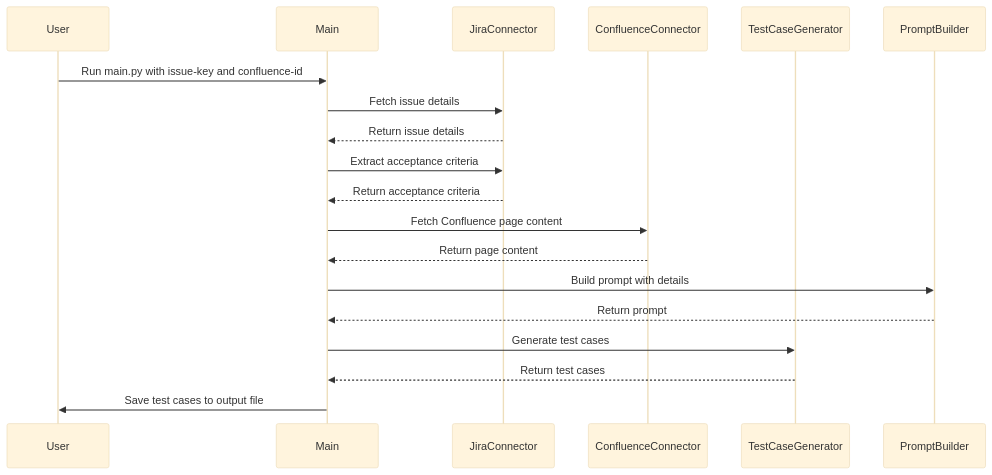
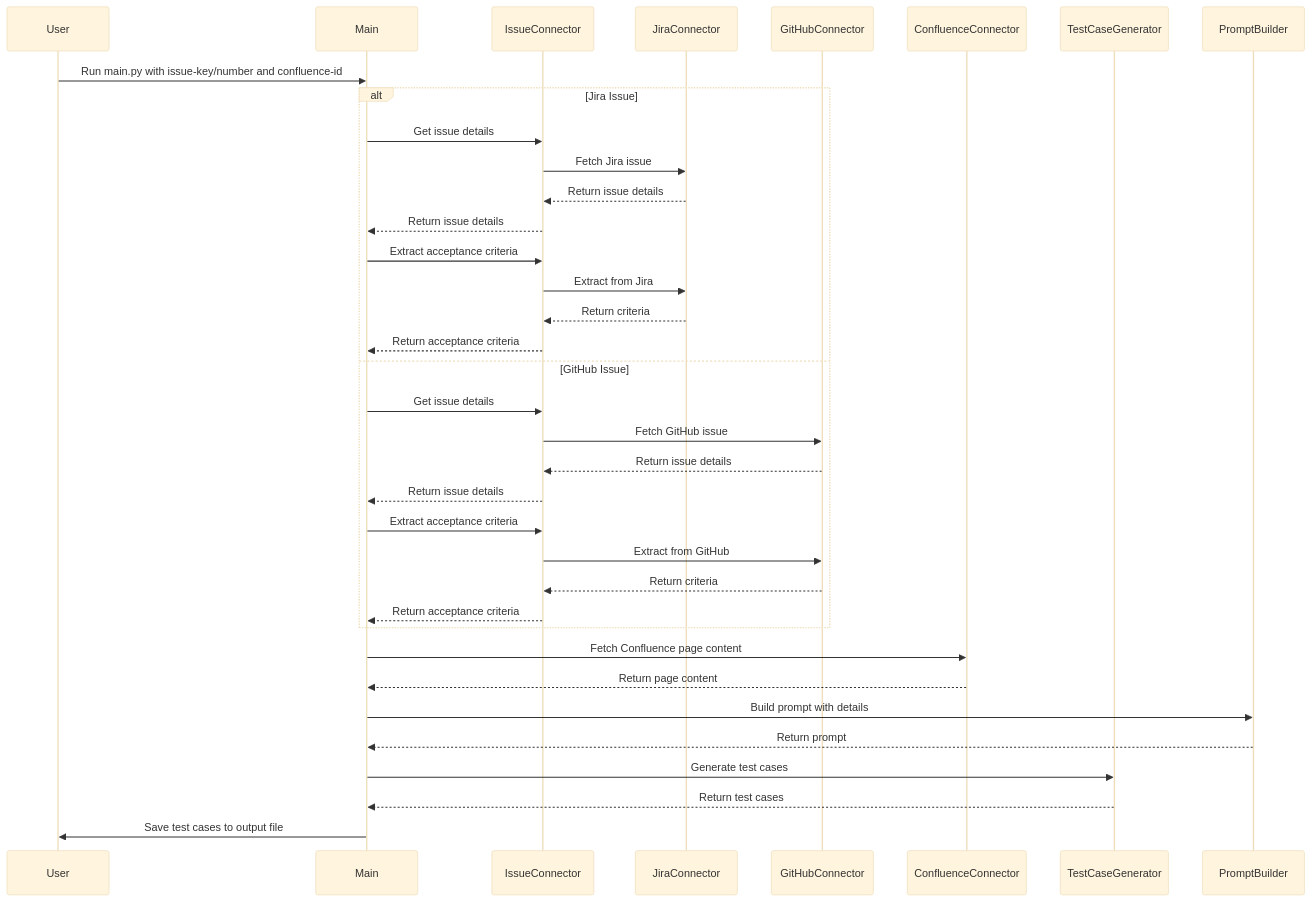
One commit to dipjyotimetia/friday changed the diagram in docs/sequence_diagram.md. Above: the diagram before and after it, drawn with Mermaid (base theme). The commit also changed other lines of this file and 5 other files, not shown here.

````diff
--- a/docs/sequence_diagram.md
+++ b/docs/sequence_diagram.md
@@ -5,22 +5,41 @@
 ```mermaid
 sequenceDiagram
     participant User
     participant Main
+    participant IssueConnector
     participant JiraConnector
+    participant GitHubConnector
     participant ConfluenceConnector
     participant TestCaseGenerator
     participant PromptBuilder
 
-    User->>Main: Run main.py with issue-key and confluence-id
-    Main->>JiraConnector: Fetch issue details
-    JiraConnector-->>Main: Return issue details
-    Main->>JiraConnector: Extract acceptance criteria
-    JiraConnector-->>Main: Return acceptance criteria
+    User->>Main: Run main.py with issue-key/number and confluence-id
+    
+    alt Jira Issue
+        Main->>IssueConnector: Get issue details
+        IssueConnector->>JiraConnector: Fetch Jira issue
+        JiraConnector-->>IssueConnector: Return issue details
+        IssueConnector-->>Main: Return issue details
+        Main->>IssueConnector: Extract acceptance criteria
+        IssueConnector->>JiraConnector: Extract from Jira
+        JiraConnector-->>IssueConnector: Return criteria
+        IssueConnector-->>Main: Return acceptance criteria
+    else GitHub Issue
+        Main->>IssueConnector: Get issue details
+        IssueConnector->>GitHubConnector: Fetch GitHub issue
+        GitHubConnector-->>IssueConnector: Return issue details
+        IssueConnector-->>Main: Return issue details
+        Main->>IssueConnector: Extract acceptance criteria
+        IssueConnector->>GitHubConnector: Extract from GitHub
+        GitHubConnector-->>IssueConnector: Return criteria
+        IssueConnector-->>Main: Return acceptance criteria
+    end
+
     Main->>ConfluenceConnector: Fetch Confluence page content
     ConfluenceConnector-->>Main: Return page content
     Main->>PromptBuilder: Build prompt with details
     PromptBuilder-->>Main: Return prompt
     Main->>TestCaseGenerator: Generate test cases
     TestCaseGenerator-->>Main: Return test cases
     Main->>User: Save test cases to output file
 ```
````
